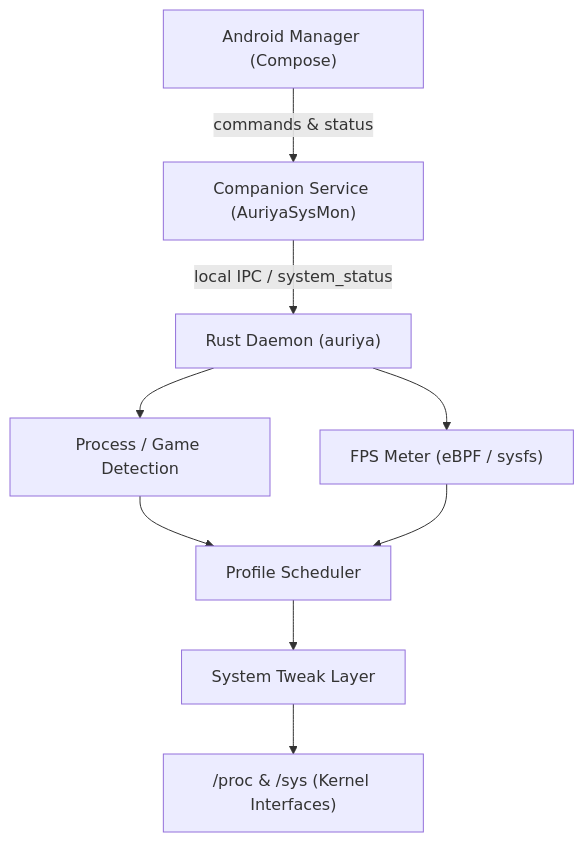
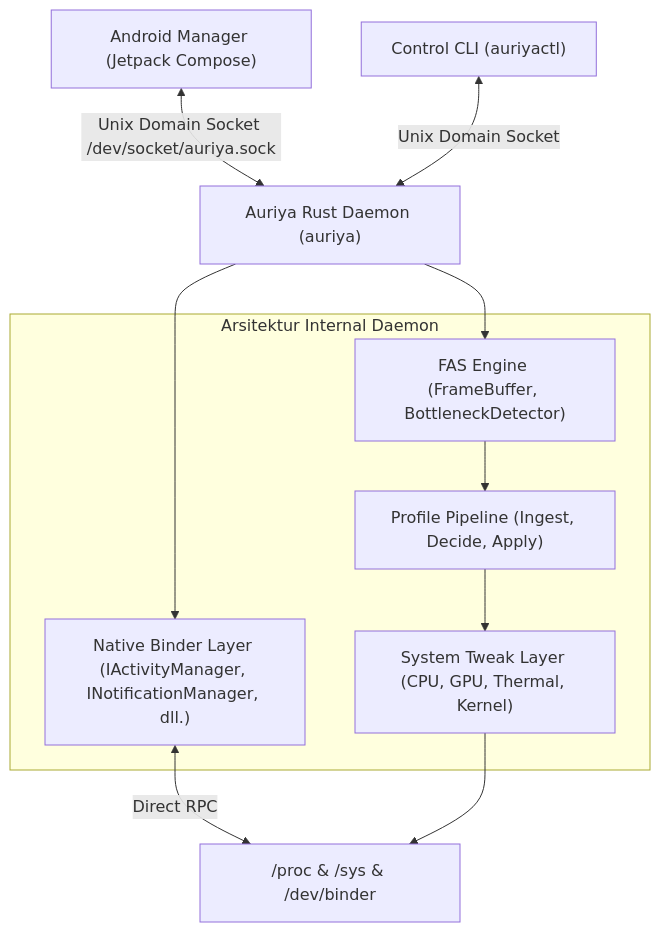
Before and after one commit to pavelc4/auriya-wiki: the first of 3 diagrams in src/content/docs/id/architecture/overview.md, drawn with Mermaid. The commit also changed other lines of this file and 42 other files, not shown here.

Commit message:
docs: overhaul architecture documentation for v2.2.0 Native Binder IPC

````diff
--- a/src/content/docs/id/architecture/overview.md
+++ b/src/content/docs/id/architecture/overview.md
@@ -6,20 +6,24 @@
 ```mermaid
 flowchart TD
-    app["Android Manager (Compose)"]
-    comp["Companion Service (AuriyaSysMon)"]
-    daemon["Rust Daemon (auriya)"]
-    det["Process / Game Detection"]
-    fps["FPS Meter (eBPF / sysfs)"]
-    sched["Profile Scheduler"]
-    tweaks["System Tweak Layer"]
-    kernel["/proc & /sys (Kernel Interfaces)"]
+    app["Android Manager (Jetpack Compose)"]
+    cli["Control CLI (auriyactl)"]
+    daemon["Auriya Rust Daemon (auriya)"]
 
-    app -->|commands & status| comp
-    comp -->|local IPC / system_status| daemon
-    daemon --> det
-    daemon --> fps
-    det --> sched
-    fps --> sched
+    subgraph rust_daemon ["Arsitektur Internal Daemon"]
+        binder["Native Binder Layer (IActivityManager, INotificationManager, dll.)"]
+        fas["FAS Engine (FrameBuffer, BottleneckDetector)"]
+        sched["Profile Pipeline (Ingest, Decide, Apply)"]
+        tweaks["System Tweak Layer (CPU, GPU, Thermal, Kernel)"]
+    end
+
+    kernel["/proc & /sys & /dev/binder"]
+
+    app <-->|Unix Domain Socket /dev/socket/auriya.sock| daemon
+    cli <-->|Unix Domain Socket| daemon
+    daemon --> binder
+    binder <-->|Direct RPC| kernel
+    daemon --> fas
+    fas --> sched
     sched --> tweaks
     tweaks --> kernel
 ```
````
